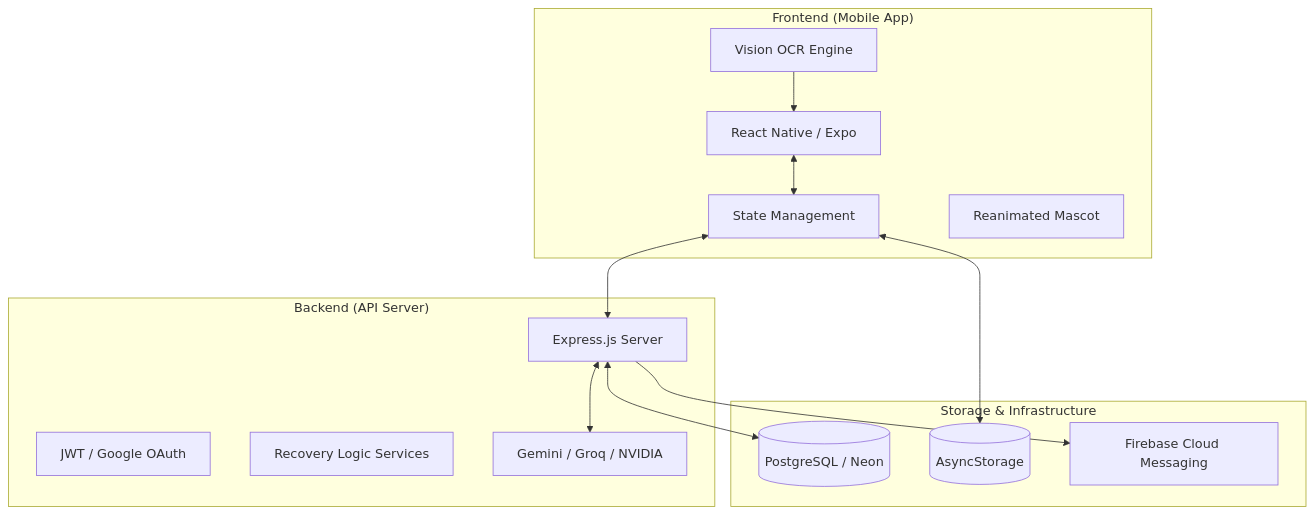
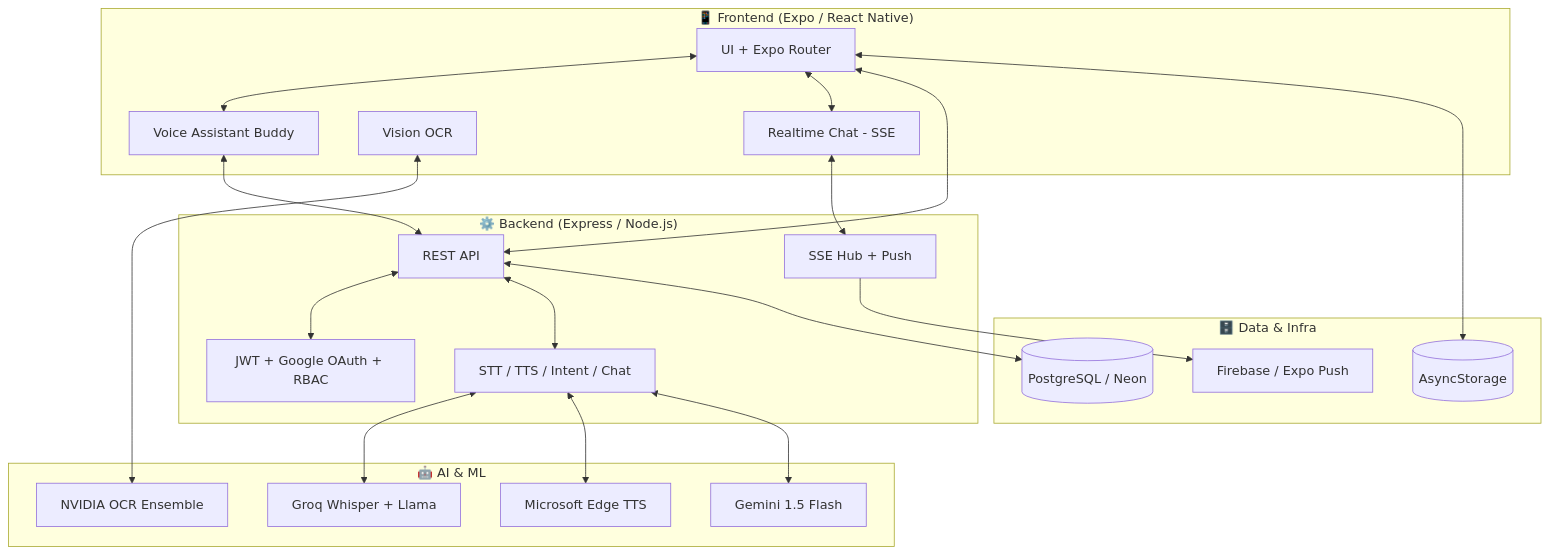
One commit to Vortex-16/VAni changed the diagram in README.md. Above: the diagram before and after it, drawn with Mermaid. The commit also changed other lines of this file and 3 other files, not shown here.

Commit message:
feat: implement caregiver chat interface, backend SSE messaging service, and schema validation with updated project documentation

````diff
--- a/README.md
+++ b/README.md
@@ -70,30 +156,44 @@
 ```mermaid
 graph TD
-    subgraph "Frontend (Mobile App)"
-        UI[React Native / Expo]
-        Ctx[State Management]
-        Scan[Vision OCR Engine]
-        Anim[Reanimated Mascot]
+    subgraph "📱 Frontend (Expo / React Native)"
+        UI[UI + Expo Router]
+        Voice[Voice Assistant Buddy]
+        Scan[Vision OCR]
+        Chat[Realtime Chat - SSE]
     end
 
-    subgraph "Backend (API Server)"
-        API[Express.js Server]
-        Auth[JWT / Google OAuth]
-        Logic[Recovery Logic Services]
-        AI[Gemini / Groq / NVIDIA]
+    subgraph "⚙️ Backend (Express / Node.js)"
+        API[REST API]
+        Auth[JWT + Google OAuth + RBAC]
+        AIsvc[STT / TTS / Intent / Chat]
+        SSE[SSE Hub + Push]
     end
 
-    subgraph "Storage & Infrastructure"
-        DB[(PostgreSQL / Neon)]
-        Cache[(AsyncStorage)]
-        Notif[Firebase Cloud Messaging]
+    subgraph "🤖 AI & ML"
+        Groq[Groq Whisper + Llama]
+        Edge[Microsoft Edge TTS]
+        Gemini[Gemini 1.5 Flash]
+        NVIDIA[NVIDIA OCR Ensemble]
     end
 
-    UI <--> Ctx
-    Ctx <--> API
+    subgraph "🗄️ Data & Infra"
+        DB[(PostgreSQL / Neon)]
+        FCM[Firebase / Expo Push]
+        Cache[(AsyncStorage)]
+    end
+
+    UI <--> Voice
+    UI <--> Chat
+    Voice <--> API
+    Chat <--> SSE
+    UI <--> API
+    API <--> Auth
+    API <--> AIsvc
+    AIsvc <--> Groq
+    AIsvc <--> Edge
+    AIsvc <--> Gemini
+    Scan <--> NVIDIA
     API <--> DB
-    API <--> AI
-    Ctx <--> Cache
-    Scan --> UI
-    API --> Notif
+    SSE --> FCM
+    UI <--> Cache
 ```
````
